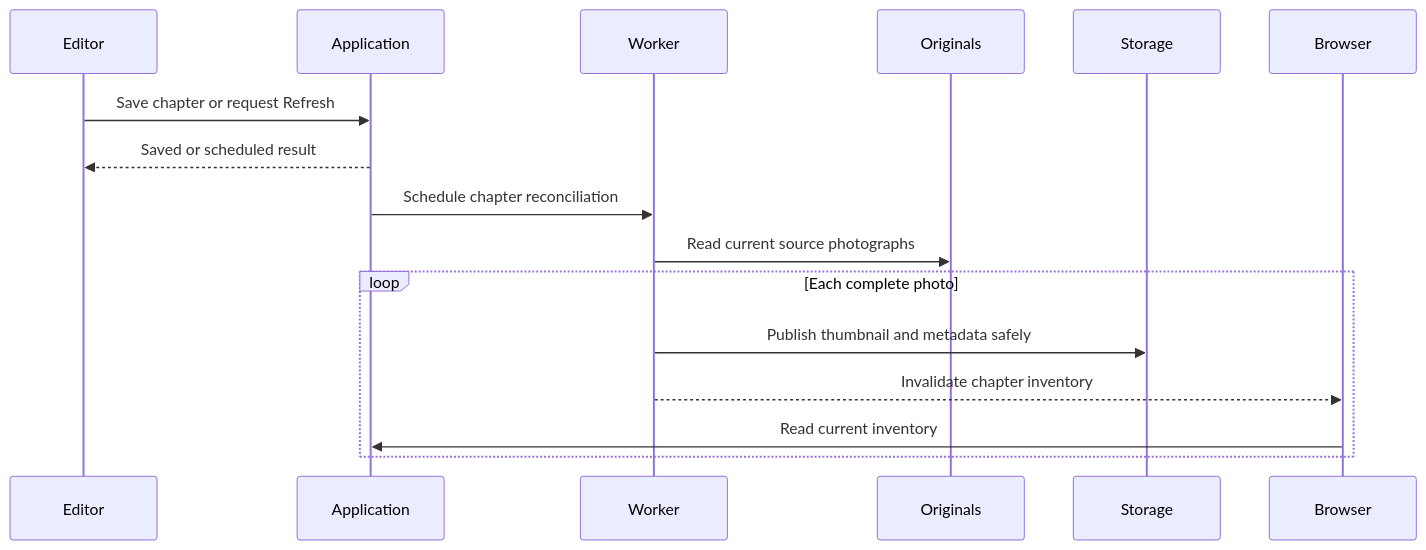
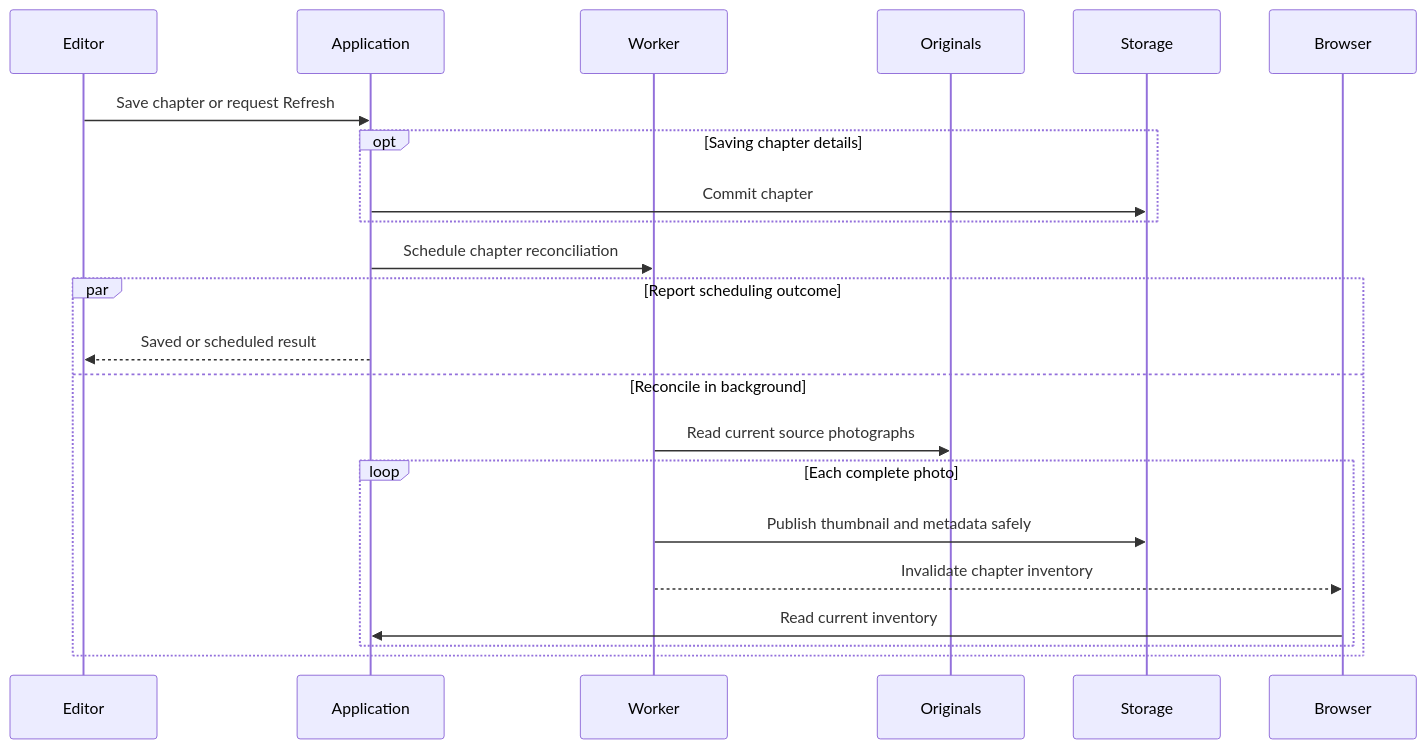
The fifth of 5 diagrams in specs/design.md (Shepherd-s-Den/photography), drawn with Mermaid before and after one commit. The commit also changed 1 other file, not shown here.

Commit message:
Clarify scheduling order and conditional context guidance
Show the scheduling decision before its response while keeping reconciliation asynchronous. Permit specialist context only for unique durable guidance behind a narrow load trigger.

````diff
--- a/specs/design.md
+++ b/specs/design.md
@@ -81,18 +81,24 @@
 ```mermaid
 sequenceDiagram
   participant Editor
   participant Application
   participant Worker
   participant Originals
   participant Storage
   participant Browser
   Editor->>Application: Save chapter or request Refresh
-  Application-->>Editor: Saved or scheduled result
+  opt Saving chapter details
+    Application->>Storage: Commit chapter
+  end
   Application->>Worker: Schedule chapter reconciliation
-  Worker->>Originals: Read current source photographs
-  loop Each complete photo
-    Worker->>Storage: Publish thumbnail and metadata safely
-    Worker-->>Browser: Invalidate chapter inventory
-    Browser->>Application: Read current inventory
+  par Report scheduling outcome
+    Application-->>Editor: Saved or scheduled result
+  and Reconcile in background
+    Worker->>Originals: Read current source photographs
+    loop Each complete photo
+      Worker->>Storage: Publish thumbnail and metadata safely
+      Worker-->>Browser: Invalidate chapter inventory
+      Browser->>Application: Read current inventory
+    end
   end
 ```
````
